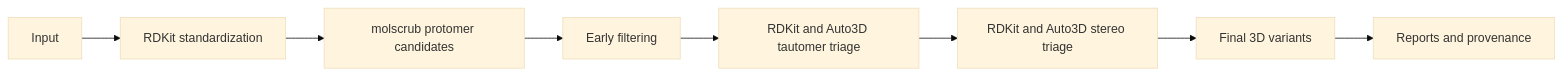
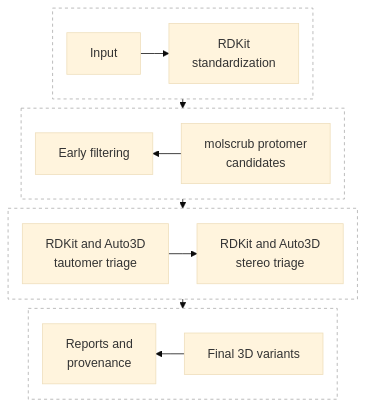
One commit to tevang/dominant-structural-variant-ranker changed the diagram in docs/architecture.md. Above: the diagram before and after it, drawn with Mermaid (base theme).

Commit message:
Update architecture.md: refine mermaid diagram layout

````diff
--- a/docs/architecture.md
+++ b/docs/architecture.md
@@ -37,10 +37,33 @@
 ```mermaid
-flowchart LR
-    A[Input] --> B[RDKit standardization]
-    B --> C[molscrub protomer candidates]
-    C --> D[Early filtering]
-    D --> E[RDKit and Auto3D tautomer triage]
-    E --> F[RDKit and Auto3D stereo triage]
-    F --> G[Final 3D variants]
-    G --> H[Reports and provenance]
+%%{init: {"flowchart": {"nodeSpacing": 20, "rankSpacing": 12, "diagramPadding": 4, "subGraphTitleMargin": {"top": 0, "bottom": 0}, "curve": "linear"}}}%%
+flowchart TB
+    subgraph row1[" "]
+        direction LR
+        A[Input] --> B[RDKit<br/>standardization]
+    end
+
+    subgraph row2[" "]
+        direction RL
+        C[molscrub protomer<br/>candidates] --> D[Early filtering]
+    end
+
+    subgraph row3[" "]
+        direction LR
+        E[RDKit and Auto3D<br/>tautomer triage] --> F[RDKit and Auto3D<br/>stereo triage]
+    end
+
+    subgraph row4[" "]
+        direction RL
+        G[Final 3D variants] --> H[Reports and<br/>provenance]
+    end
+
+    %% Connect row containers so external links do not override row directions.
+    row1 --> row2
+    row2 --> row3
+    row3 --> row4
+
+    style row1 fill:none,stroke:#aaa,stroke-width:1px,stroke-dasharray:4 4
+    style row2 fill:none,stroke:#aaa,stroke-width:1px,stroke-dasharray:4 4
+    style row3 fill:none,stroke:#aaa,stroke-width:1px,stroke-dasharray:4 4
+    style row4 fill:none,stroke:#aaa,stroke-width:1px,stroke-dasharray:4 4
 ```
````
